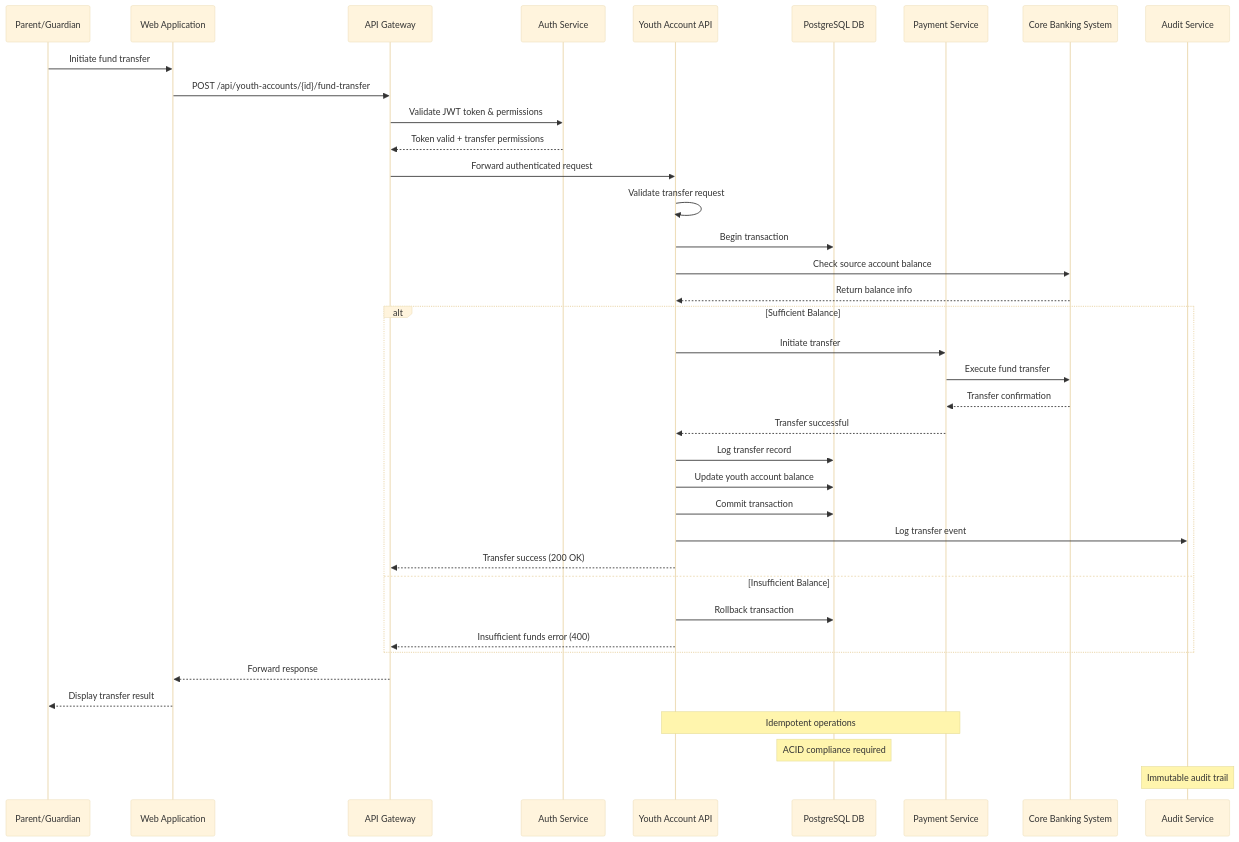
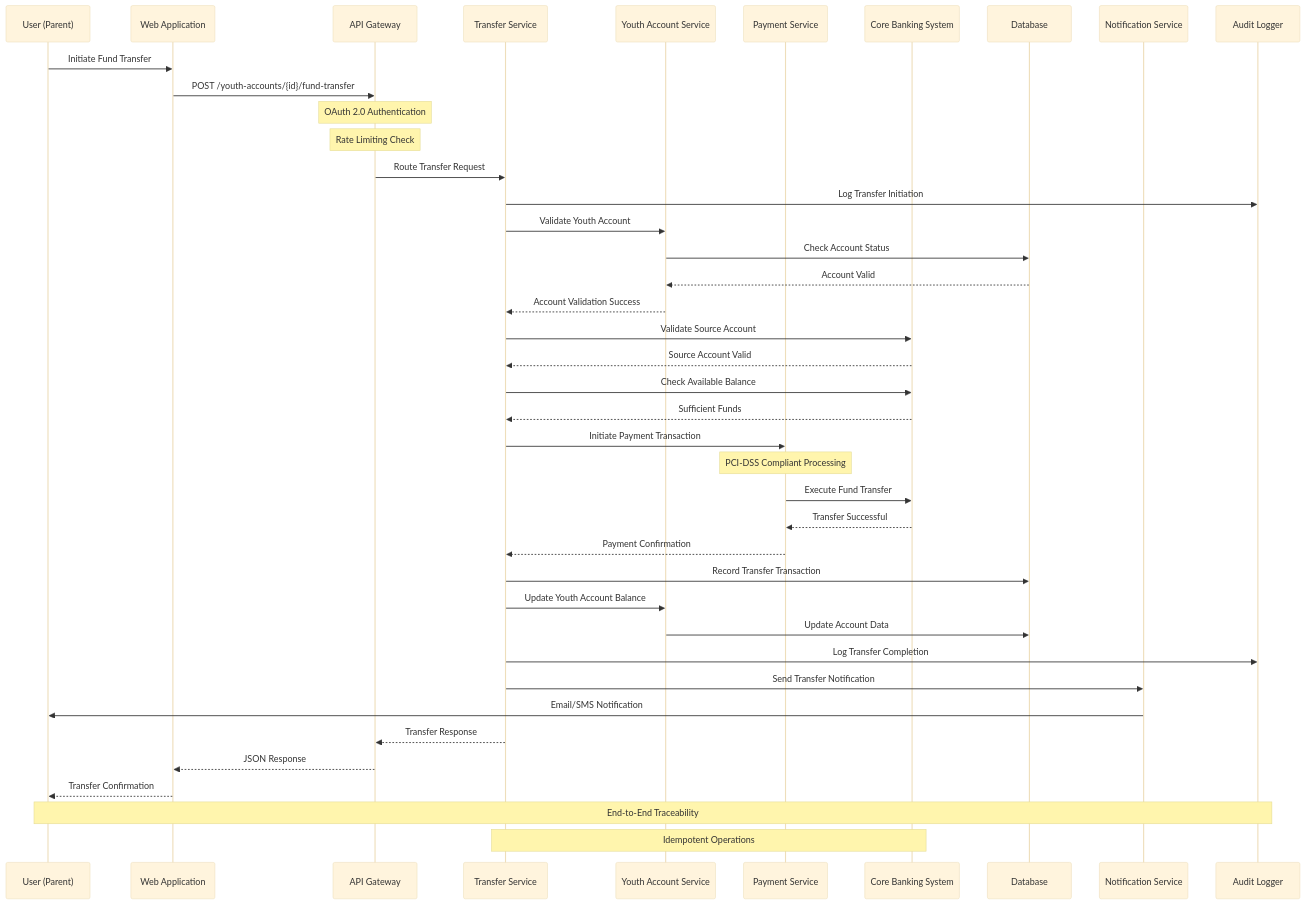
Before and after one commit to ThapaswiASC/SCIB-INCEPTION-PHASE-DEMO: the second of 8 diagrams in API Development/Components and Sequence Diagrams/sequence_diagram.md, drawn with Mermaid (base theme). The commit also changed other lines of this file and 1 other file, not shown here.

````diff
--- a/API Development/Components and Sequence Diagrams/sequence_diagram.md
+++ b/API Development/Components and Sequence Diagrams/sequence_diagram.md
@@ -53,47 +59,51 @@
 ```mermaid
 sequenceDiagram
-    participant Parent as Parent/Guardian
-    participant WebApp as Web Application
-    participant Gateway as API Gateway
-    participant AuthSvc as Auth Service
-    participant YouthAPI as Youth Account API
-    participant DB as PostgreSQL DB
-    participant PaymentSvc as Payment Service
-    participant CoreBank as Core Banking System
-    participant AuditSvc as Audit Service
+    participant U as User (Parent)
+    participant WA as Web Application
+    participant AG as API Gateway
+    participant TS as Transfer Service
+    participant YS as Youth Account Service
+    participant PS as Payment Service
+    participant CBS as Core Banking System
+    participant DB as Database
+    participant NS as Notification Service
+    participant AL as Audit Logger
+
+    U->>WA: Initiate Fund Transfer
+    WA->>AG: POST /youth-accounts/{id}/fund-transfer
+    Note over AG: OAuth 2.0 Authentication
+    Note over AG: Rate Limiting Check
+    AG->>TS: Route Transfer Request
     
-    Parent->>WebApp: Initiate fund transfer
-    WebApp->>Gateway: POST /api/youth-accounts/{id}/fund-transfer
-    Gateway->>AuthSvc: Validate JWT token & permissions
-    AuthSvc-->>Gateway: Token valid + transfer permissions
-    Gateway->>YouthAPI: Forward authenticated request
+    TS->>AL: Log Transfer Initiation
+    TS->>YS: Validate Youth Account
+    YS->>DB: Check Account Status
+    DB-->>YS: Account Valid
+    YS-->>TS: Account Validation Success
     
-    YouthAPI->>YouthAPI: Validate transfer request
-    YouthAPI->>DB: Begin transaction
-    YouthAPI->>CoreBank: Check source account balance
-    CoreBank-->>YouthAPI: Return balance info
+    TS->>CBS: Validate Source Account
+    CBS-->>TS: Source Account Valid
+    TS->>CBS: Check Available Balance
+    CBS-->>TS: Sufficient Funds
     
-    alt Sufficient Balance
-        YouthAPI->>PaymentSvc: Initiate transfer
-        PaymentSvc->>CoreBank: Execute fund transfer
-        CoreBank-->>PaymentSvc: Transfer confirmation
-        PaymentSvc-->>YouthAPI: Transfer successful
-        
-        YouthAPI->>DB: Log transfer record
-        YouthAPI->>DB: Update youth account balance
-        YouthAPI->>DB: Commit transaction
-        YouthAPI->>AuditSvc: Log transfer event
-        
-        YouthAPI-->>Gateway: Transfer success (200 OK)
-    else Insufficient Balance
-        YouthAPI->>DB: Rollback transaction
-        YouthAPI-->>Gateway: Insufficient funds error (400)
-    end
+    TS->>PS: Initiate Payment Transaction
+    Note over PS: PCI-DSS Compliant Processing
+    PS->>CBS: Execute Fund Transfer
+    CBS-->>PS: Transfer Successful
+    PS-->>TS: Payment Confirmation
     
-    Gateway-->>WebApp: Forward response
-    WebApp-->>Parent: Display transfer result
+    TS->>DB: Record Transfer Transaction
+    TS->>YS: Update Youth Account Balance
+    YS->>DB: Update Account Data
+    TS->>AL: Log Transfer Completion
     
-    Note over YouthAPI,PaymentSvc: Idempotent operations
-    Note over DB: ACID compliance required
-    Note over AuditSvc: Immutable audit trail
+    TS->>NS: Send Transfer Notification
+    NS->>U: Email/SMS Notification
+    
+    TS-->>AG: Transfer Response
+    AG-->>WA: JSON Response
+    WA-->>U: Transfer Confirmation
+    
+    Note over U,AL: End-to-End Traceability
+    Note over TS,CBS: Idempotent Operations
 ```
````
